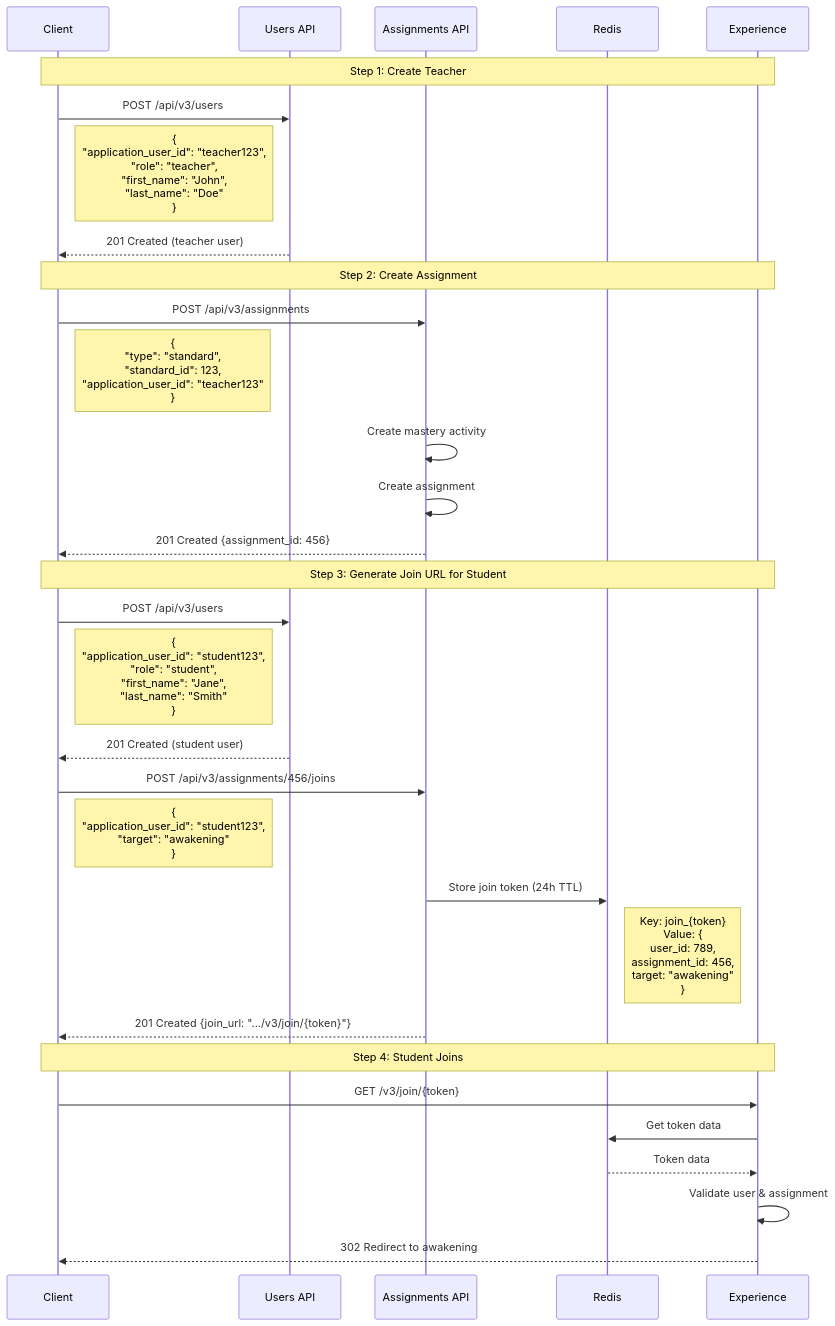
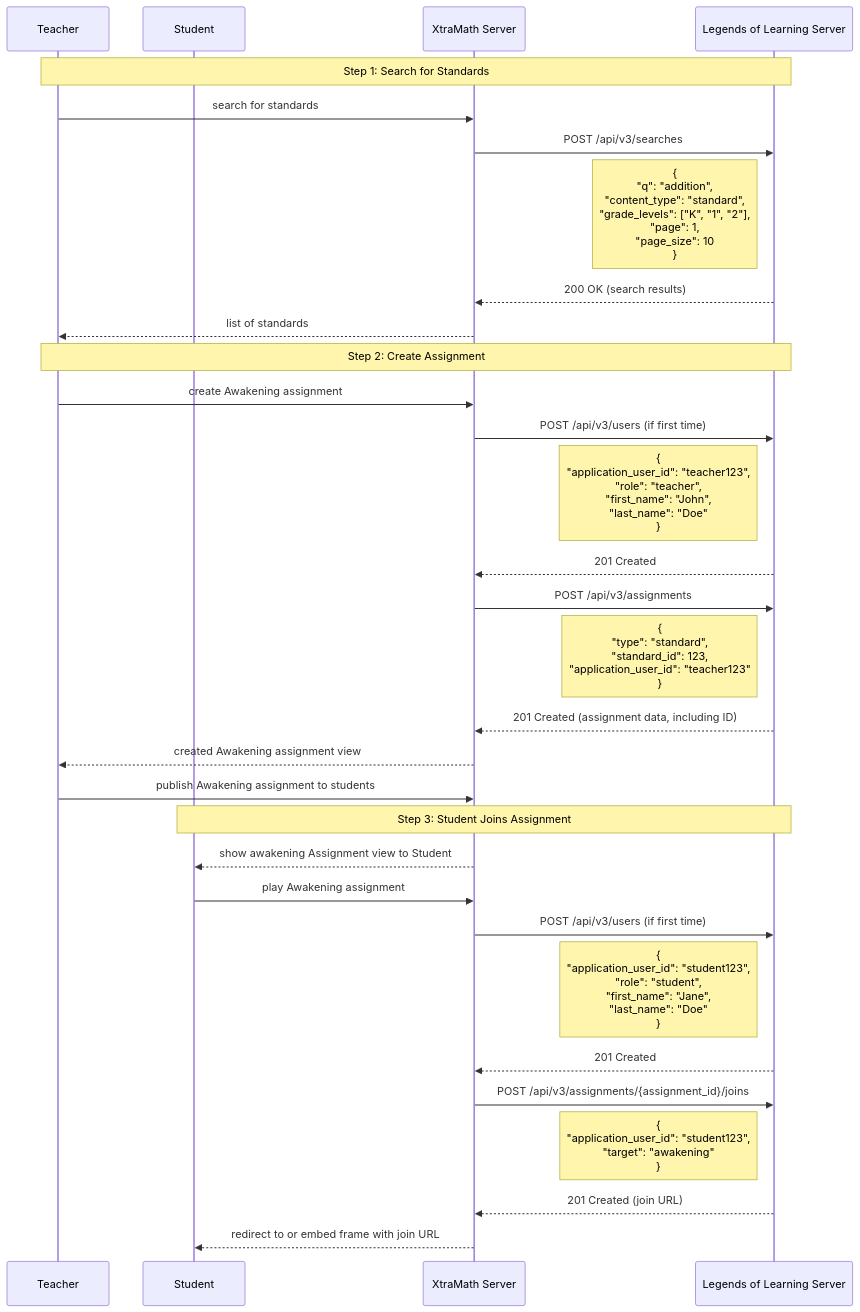
Before and after one commit to LegendsOfLearning/rest-api-showcase: the second of 2 diagrams in legends-api-spec.md, drawn with Mermaid. The commit also changed other lines of this file and 36 other files, not shown here.

Commit message:
feat(rest-api-playground): refactor API code for better maintainability - Add centralized apiHelpers.ts for common functionality - Improve error handling and logging - Add type safety improvements - Add cookie management utilities - Refactor auth and legends routes to use shared utilities

````diff
--- a/legends-api-spec.md
+++ b/legends-api-spec.md
@@ -290,38 +120,39 @@
 ```mermaid
 sequenceDiagram
-    participant Client
-    participant Users API
-    participant Assignments API
-    participant Redis
-    participant Experience
+    participant Teacher
+    participant Student
+    participant XtraMath Server
+    participant Legends of Learning Server
 
-    Note over Client, Experience: Step 1: Create Teacher
-    Client->>Users API: POST /api/v3/users
-    Note right of Client: {<br/>  "application_user_id": "teacher123",<br/>  "role": "teacher",<br/>  "first_name": "John",<br/>  "last_name": "Doe"<br/>}
-    Users API-->>Client: 201 Created (teacher user)
+    Note over Teacher, Legends of Learning Server: Step 1: Search for Standards
+    Teacher->>XtraMath Server: search for standards
+    XtraMath Server->>Legends of Learning Server: POST /api/v3/searches
+    Note left of Legends of Learning Server: {<br/>  "q": "addition",<br/>  "content_type": "standard",<br/>  "grade_levels": ["K", "1", "2"],<br/>  "page": 1,<br/>  "page_size": 10<br/>}
+    Legends of Learning Server-->>XtraMath Server: 200 OK (search results)
+    XtraMath Server-->>Teacher: list of standards
+    
+    Note over Teacher, Legends of Learning Server: Step 2: Create Assignment
+    Teacher->>XtraMath Server: create Awakening assignment
+    XtraMath Server->>Legends of Learning Server: POST /api/v3/users (if first time)
+    Note left of Legends of Learning Server: {<br/>  "application_user_id": "teacher123",<br/>  "role": "teacher",<br/>  "first_name": "John",<br/>  "last_name": "Doe"<br/>}
+    Legends of Learning Server-->>XtraMath Server: 201 Created
 
-    Note over Client, Experience: Step 2: Create Assignment
-    Client->>Assignments API: POST /api/v3/assignments
-    Note right of Client: {<br/>  "type": "standard",<br/>  "standard_id": 123,<br/>  "application_user_id": "teacher123"<br/>}
-    Assignments API->>Assignments API: Create mastery activity
-    Assignments API->>Assignments API: Create assignment
-    Assignments API-->>Client: 201 Created {assignment_id: 456}
+    XtraMath Server->>Legends of Learning Server: POST /api/v3/assignments
+    Note left of Legends of Learning Server: {<br/>  "type": "standard",<br/>  "standard_id": 123,<br/>  "application_user_id": "teacher123"<br/>}
+    Legends of Learning Server-->>XtraMath Server: 201 Created (assignment data, including ID)
+    XtraMath Server-->>Teacher: created Awakening assignment view
 
-    Note over Client, Experience: Step 3: Generate Join URL for Student
-    Client->>Users API: POST /api/v3/users
-    Note right of Client: {<br/>  "application_user_id": "student123",<br/>  "role": "student",<br/>  "first_name": "Jane",<br/>  "last_name": "Smith"<br/>}
-    Users API-->>Client: 201 Created (student user)
+    Teacher->>XtraMath Server: publish Awakening assignment to students
 
-    Client->>Assignments API: POST /api/v3/assignments/456/joins
-    Note right of Client: {<br/>  "application_user_id": "student123",<br/>  "target": "awakening"<br/>}
-    Assignments API->>Redis: Store join token (24h TTL)
-    Note right of Redis: Key: join_{token}<br/>Value: {<br/>  user_id: 789,<br/>  assignment_id: 456,<br/>  target: "awakening"<br/>}
-    Assignments API-->>Client: 201 Created {join_url: ".../v3/join/{token}"}
+    Note over Student, Legends of Learning Server: Step 3: Student Joins Assignment
+    XtraMath Server-->>Student: show awakening Assignment view to Student
+    Student->>XtraMath Server: play Awakening assignment
+    XtraMath Server->>Legends of Learning Server: POST /api/v3/users (if first time)
+    Note left of Legends of Learning Server: {<br/>  "application_user_id": "student123",<br/>  "role": "student",<br/>  "first_name": "Jane",<br/>  "last_name": "Doe"<br/>}
+    Legends of Learning Server-->>XtraMath Server: 201 Created
 
-    Note over Client, Experience: Step 4: Student Joins
-    Client->>Experience: GET /v3/join/{token}
-    Experience->>Redis: Get token data
-    Redis-->>Experience: Token data
-    Experience->>Experience: Validate user & assignment
-    Experience-->>Client: 302 Redirect to awakening
+    XtraMath Server->>Legends of Learning Server: POST /api/v3/assignments/{assignment_id}/joins
+    Note left of Legends of Learning Server: {<br/>  "application_user_id": "student123",<br/>  "target": "awakening"<br/>}
+    Legends of Learning Server-->>XtraMath Server: 201 Created (join URL)
+    XtraMath Server-->>Student: redirect to or embed frame with join URL
 ```
````
